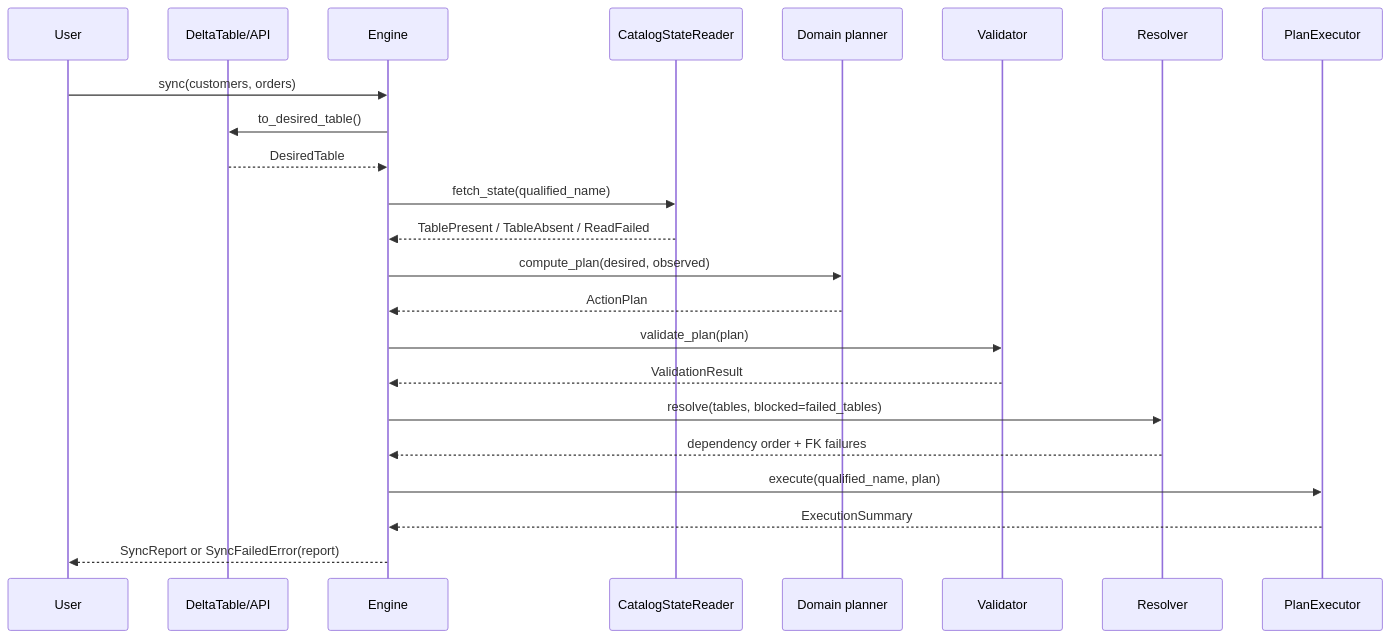
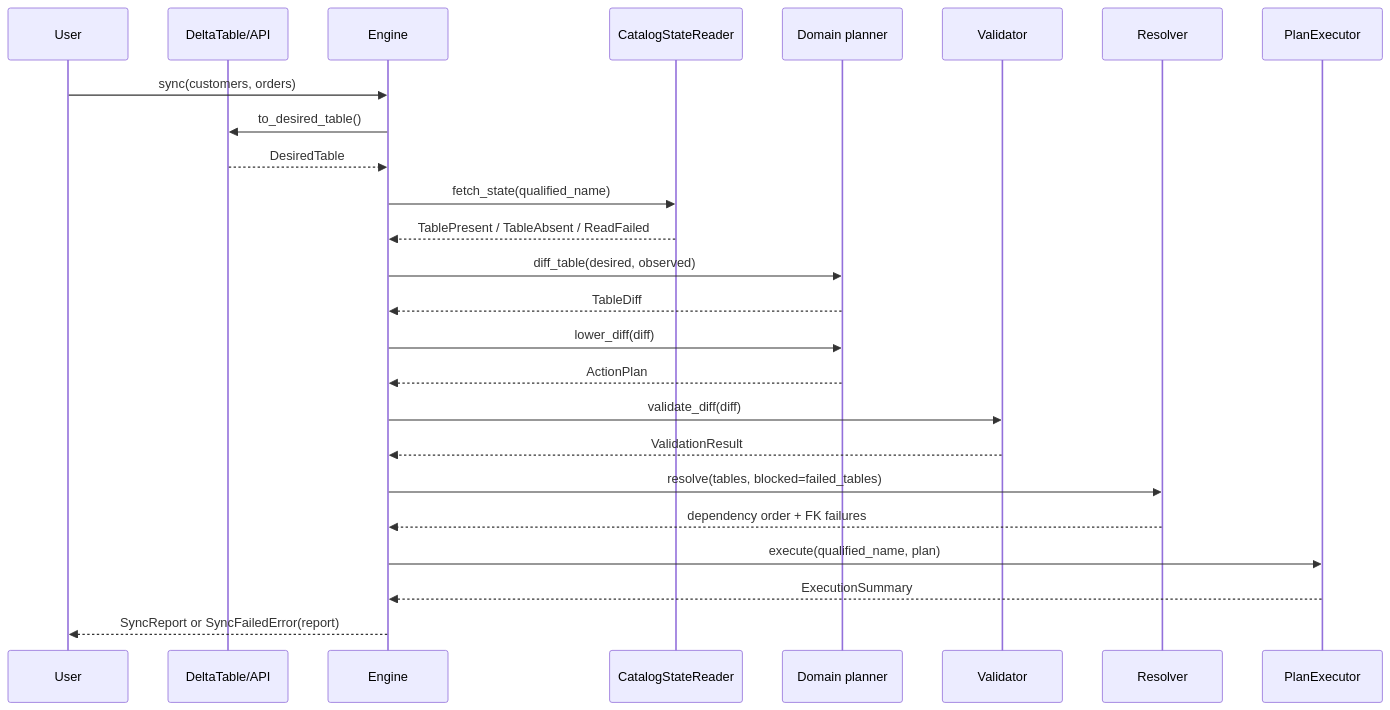
Before and after one commit to Tomoscorbin/delta-engine: the third of 4 diagrams in docs/explanation-architecture.md, drawn with Mermaid. The commit also changed other lines of this file and 4 other files, not shown here.

````diff
--- a/docs/explanation-architecture.md
+++ b/docs/explanation-architecture.md
@@ -76,26 +76,28 @@
 ```mermaid
 sequenceDiagram
     participant User
     participant API as DeltaTable/API
     participant Engine
     participant Reader as CatalogStateReader
     participant Domain as Domain planner
     participant Validator
     participant Resolver
     participant Executor as PlanExecutor
 
     User->>Engine: sync(customers, orders)
     Engine->>API: to_desired_table()
     API-->>Engine: DesiredTable
     Engine->>Reader: fetch_state(qualified_name)
     Reader-->>Engine: TablePresent / TableAbsent / ReadFailed
-    Engine->>Domain: compute_plan(desired, observed)
+    Engine->>Domain: diff_table(desired, observed)
+    Domain-->>Engine: TableDiff
+    Engine->>Domain: lower_diff(diff)
     Domain-->>Engine: ActionPlan
-    Engine->>Validator: validate_plan(plan)
+    Engine->>Validator: validate_diff(diff)
     Validator-->>Engine: ValidationResult
     Engine->>Resolver: resolve(tables, blocked=failed_tables)
     Resolver-->>Engine: dependency order + FK failures
     Engine->>Executor: execute(qualified_name, plan)
     Executor-->>Engine: ExecutionSummary
     Engine-->>User: SyncReport or SyncFailedError(report)
 ```
````
